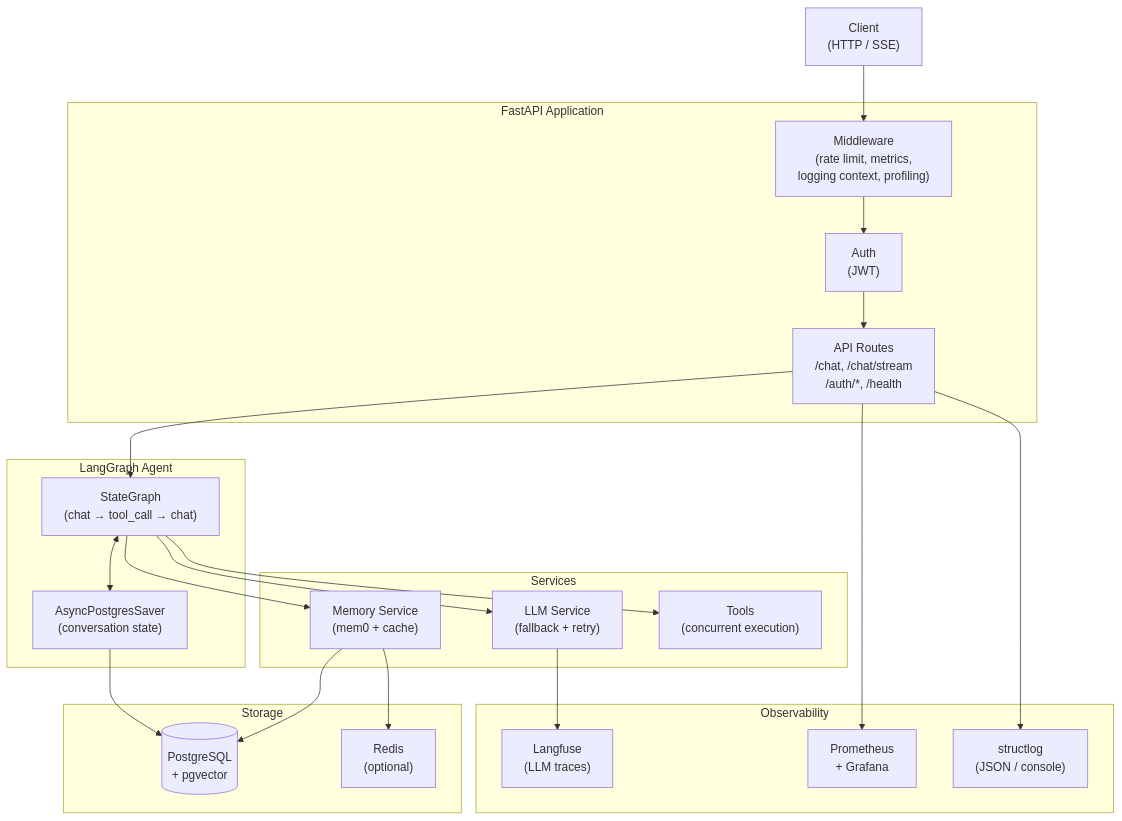
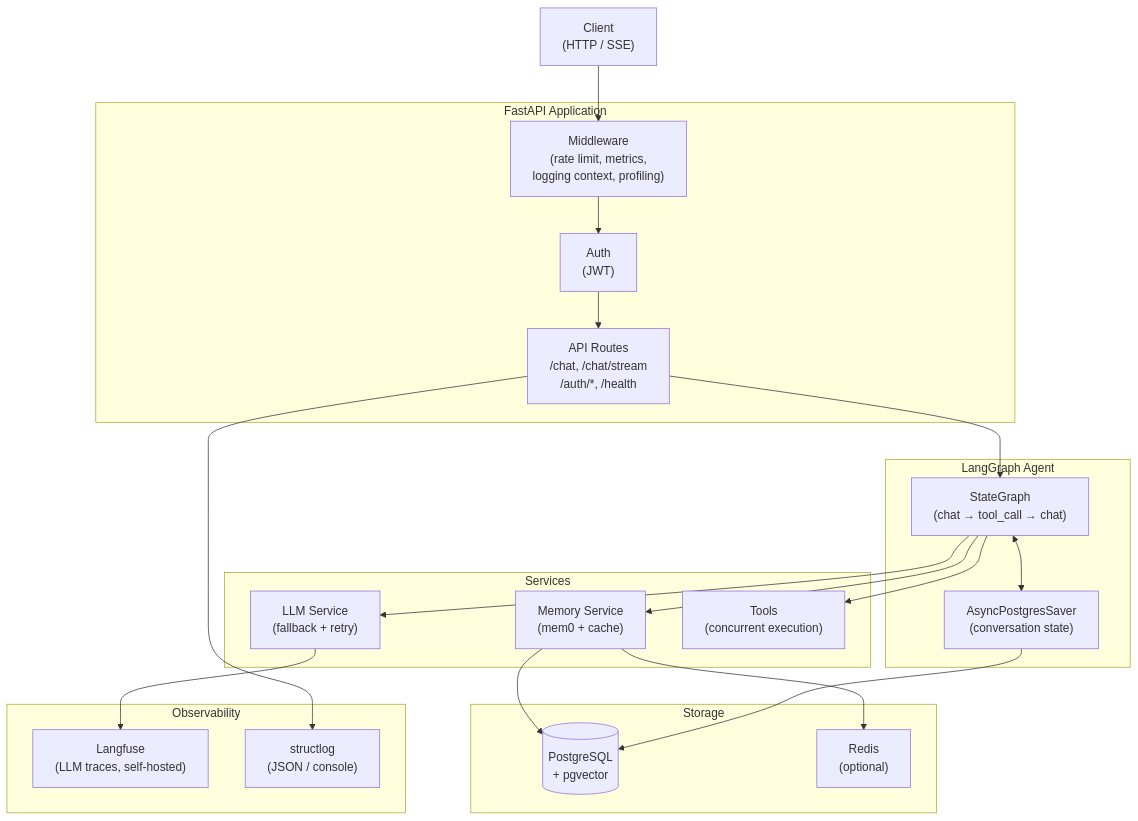
The first of 3 diagrams in docs/architecture.md (Offer-Buddy/fly-agent), drawn with Mermaid before and after one commit. The commit also changed other lines of this file and 21 other files, not shown here.

First line of the commit message:
refactor: 移除 Prometheus/Grafana/cadvisor，观测改为自建 Langfuse + 请求日志

````diff
--- a/docs/architecture.md
+++ b/docs/architecture.md
@@ -5,43 +5,41 @@
 ```mermaid
 graph TB
     Client["Client\n(HTTP / SSE)"]
 
     subgraph FastAPI["FastAPI Application"]
         MW["Middleware\n(rate limit, metrics,\nlogging context, profiling)"]
         Auth["Auth\n(JWT)"]
         API["API Routes\n/chat, /chat/stream\n/auth/*, /health"]
     end
 
     subgraph Agent["LangGraph Agent"]
         Graph["StateGraph\n(chat → tool_call → chat)"]
         Checkpointer["AsyncPostgresSaver\n(conversation state)"]
     end
 
     subgraph Services["Services"]
         LLM["LLM Service\n(fallback + retry)"]
         Memory["Memory Service\n(mem0 + cache)"]
         Tools["Tools\n(concurrent execution)"]
     end
 
     subgraph Storage["Storage"]
         PG[("PostgreSQL\n+ pgvector")]
         Cache["Redis\n(optional)"]
     end
 
     subgraph Observability["Observability"]
-        Langfuse["Langfuse\n(LLM traces)"]
-        Prometheus["Prometheus\n+ Grafana"]
+        Langfuse["Langfuse\n(LLM traces, self-hosted)"]
         Logs["structlog\n(JSON / console)"]
     end
 
     Client --> MW --> Auth --> API
     API --> Graph
     Graph --> LLM --> Langfuse
     Graph --> Tools
     Graph --> Memory --> Cache
     Graph <--> Checkpointer
     Memory --> PG
     Checkpointer --> PG
-    API --> Prometheus
     API --> Logs
 ```
````
